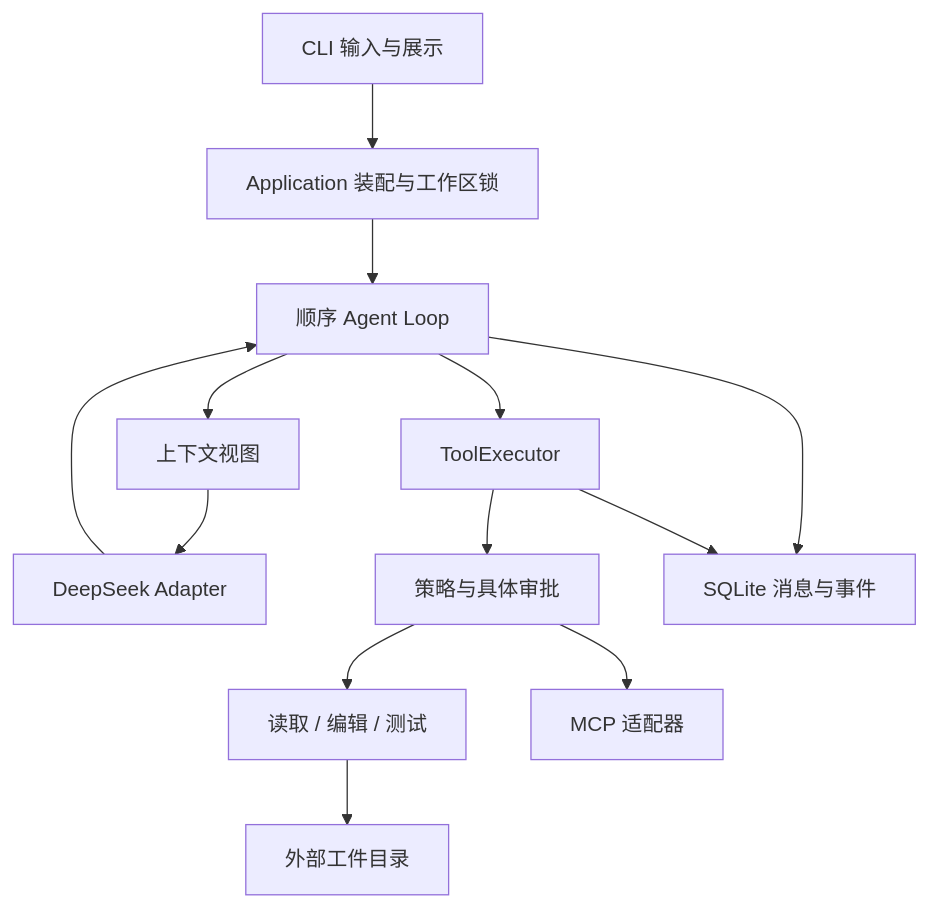
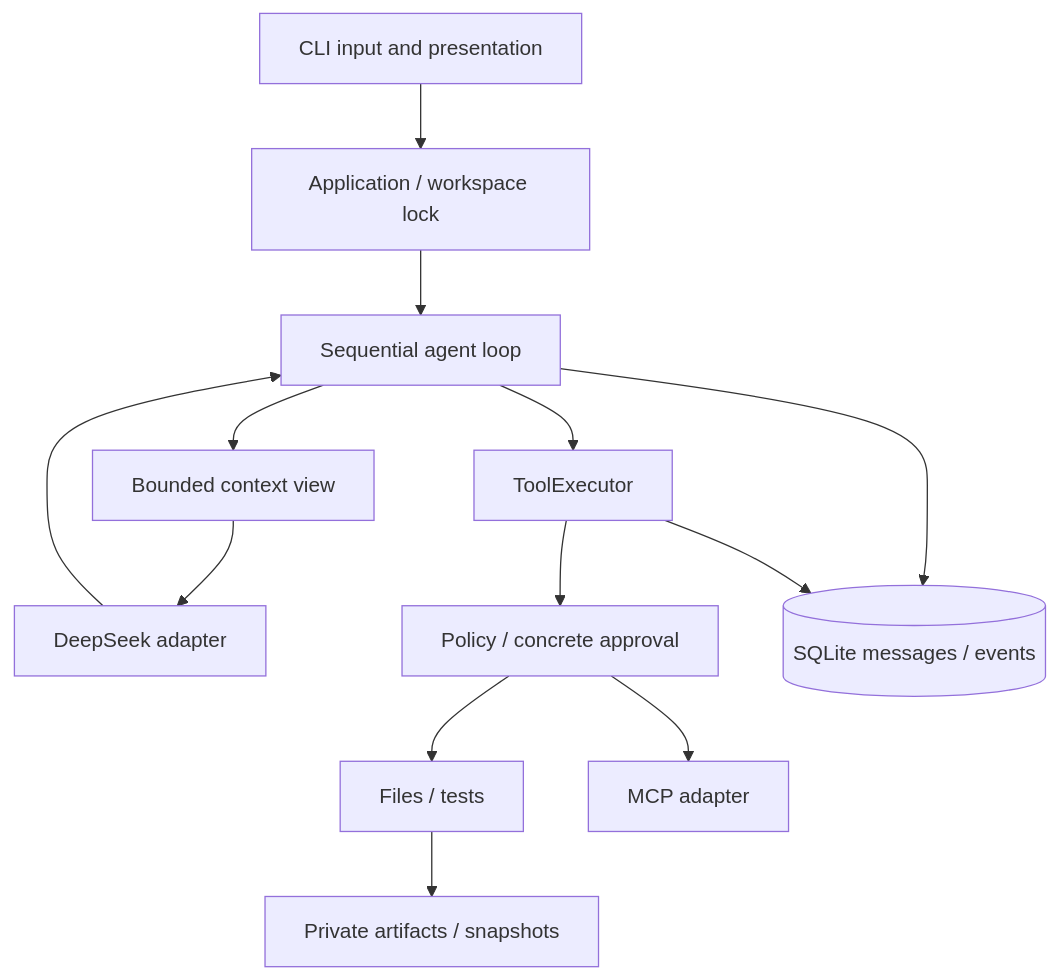
Before and after one commit to spylent-1/veritrail-agent: the diagram in docs/architecture.md, drawn with Mermaid. The commit also changed other lines of this file and 14 other files, not shown here.

````diff
--- a/docs/architecture.md
+++ b/docs/architecture.md
@@ -7,15 +12,15 @@
 ```mermaid
 flowchart TD
-  CLI[CLI 输入与展示] --> App[Application 装配与工作区锁]
-  App --> Loop[顺序 Agent Loop]
-  Loop --> Context[上下文视图]
-  Context --> Provider[DeepSeek Adapter]
-  Provider --> Loop
-  Loop --> Exec[ToolExecutor]
-  Exec --> Policy[策略与具体审批]
-  Policy --> Local[读取 / 编辑 / 测试]
-  Policy --> MCP[MCP 适配器]
-  Loop --> Store[SQLite 消息与事件]
-  Exec --> Store
-  Local --> Snap[外部工件目录]
+    CLI[CLI input and presentation] --> App[Application / workspace lock]
+    App --> Loop[Sequential agent loop]
+    Loop --> Context[Bounded context view]
+    Context --> Provider[DeepSeek adapter]
+    Provider --> Loop
+    Loop --> Executor[ToolExecutor]
+    Executor --> Policy[Policy / concrete approval]
+    Policy --> Local[Files / tests]
+    Policy --> MCP[MCP adapter]
+    Loop --> Store[(SQLite messages / events)]
+    Executor --> Store
+    Local --> Snapshots[Private artifacts / snapshots]
 ```
````
